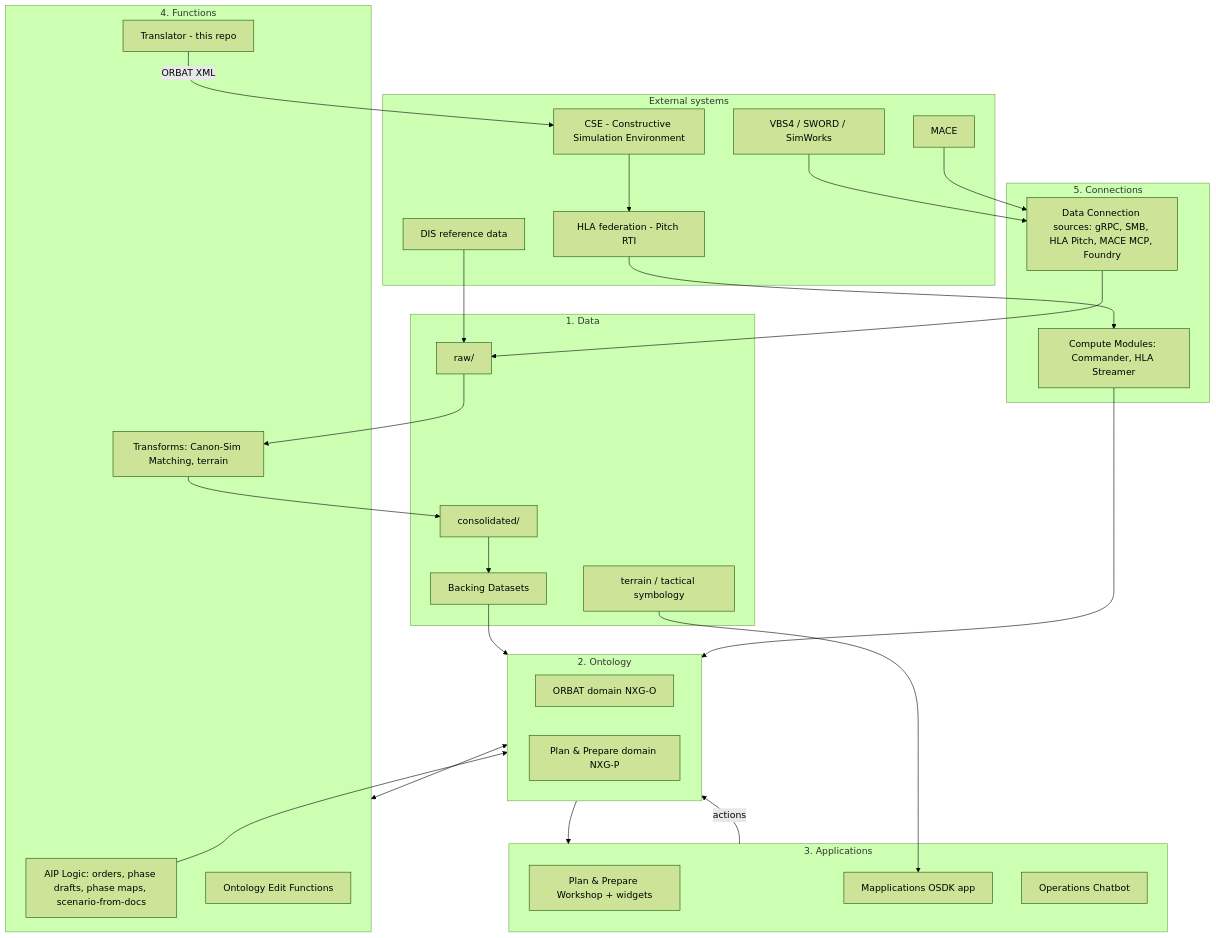
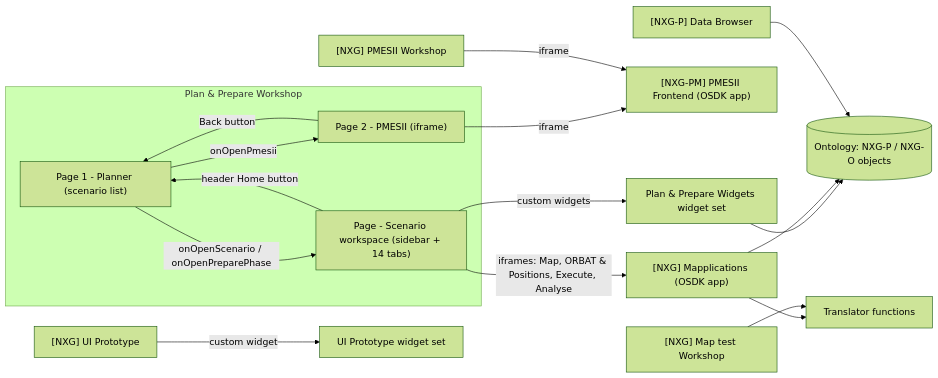
One commit to DavidAlexKelly/cse changed the first of 2 diagrams in WORKSHOP.md. Above: the diagram before and after it, drawn with Mermaid (forest theme). The commit also changed other lines of this file, not shown here.

````diff
--- a/WORKSHOP.md
+++ b/WORKSHOP.md
@@ -70,51 +38,25 @@
 ```mermaid
-flowchart TD
-  subgraph External["External systems"]
-    SIM[VBS4 / SWORD / SimWorks]
-    CSE[CSE - Constructive Simulation Environment]
-    HLA[HLA federation - Pitch RTI]
-    DIS[DIS reference data]
-    MACE[MACE]
+flowchart LR
+  subgraph PP["Plan & Prepare Workshop"]
+    P1["Page 1 - Planner (scenario list)"]
+    P0["Page - Scenario workspace (sidebar + 14 tabs)"]
+    P2["Page 2 - PMESII (iframe)"]
   end
 
-  subgraph Conn["5. Connections"]
-    SRC[Data Connection sources: gRPC, SMB, HLA Pitch, MACE MCP, Foundry]
-    CM[Compute Modules: Commander, HLA Streamer]
-  end
+  P1 -- onOpenScenario / onOpenPreparePhase --> P0
+  P1 -- onOpenPmesii --> P2
+  P2 -- Back button --> P1
+  P0 -- header Home button --> P1
 
-  subgraph Data["1. Data"]
-    RAW[raw/]
-    CONS[consolidated/]
-    BACK[Backing Datasets]
-    TER[terrain / tactical symbology]
-  end
+  P0 -- "iframes: Map, ORBAT & Positions, Execute, Analyse" --> MAPP["[NXG] Mapplications (OSDK app)"]
+  P2 -- iframe --> PMF["[NXG-PM] PMESII Frontend (OSDK app)"]
+  PMW["[NXG] PMESII Workshop"] -- iframe --> PMF
+  P0 -- custom widgets --> WS["Plan & Prepare Widgets widget set"]
+  UIP["[NXG] UI Prototype"] -- custom widget --> PROTO["UI Prototype widget set"]
 
-  subgraph Onto["2. Ontology"]
-    ORBAT[ORBAT domain NXG-O]
-    PP[Plan & Prepare domain NXG-P]
-  end
-
-  subgraph Fn["4. Functions"]
-    LOGIC[AIP Logic: orders, phase drafts, phase maps, scenario-from-docs]
-    TRANS[Translator - this repo]
-    EDIT[Ontology Edit Functions]
-    XF[Transforms: Canon-Sim Matching, terrain]
-  end
-
-  subgraph Apps["3. Applications"]
-    WS[Plan & Prepare Workshop + widgets]
-    MAP[Mapplications OSDK app]
-    AG[Operations Chatbot]
-  end
-
-  SIM --> SRC --> RAW --> XF --> CONS --> BACK --> Onto
-  DIS --> RAW
-  TER --> MAP
-  Onto <--> Fn
-  Onto --> Apps
-  Apps -->|actions| Onto
-  LOGIC --> Onto
-  TRANS -->|ORBAT XML| CSE
-  CSE --> HLA --> CM --> Onto
-  MACE --> SRC
+  WS --> ONT[("Ontology: NXG-P / NXG-O objects")]
+  MAPP --> ONT
+  MAPP --> TR["Translator functions"]
+  MAPT["[NXG] Map test Workshop"] --> TR
+  DB["[NXG-P] Data Browser"] --> ONT
 ```
````
